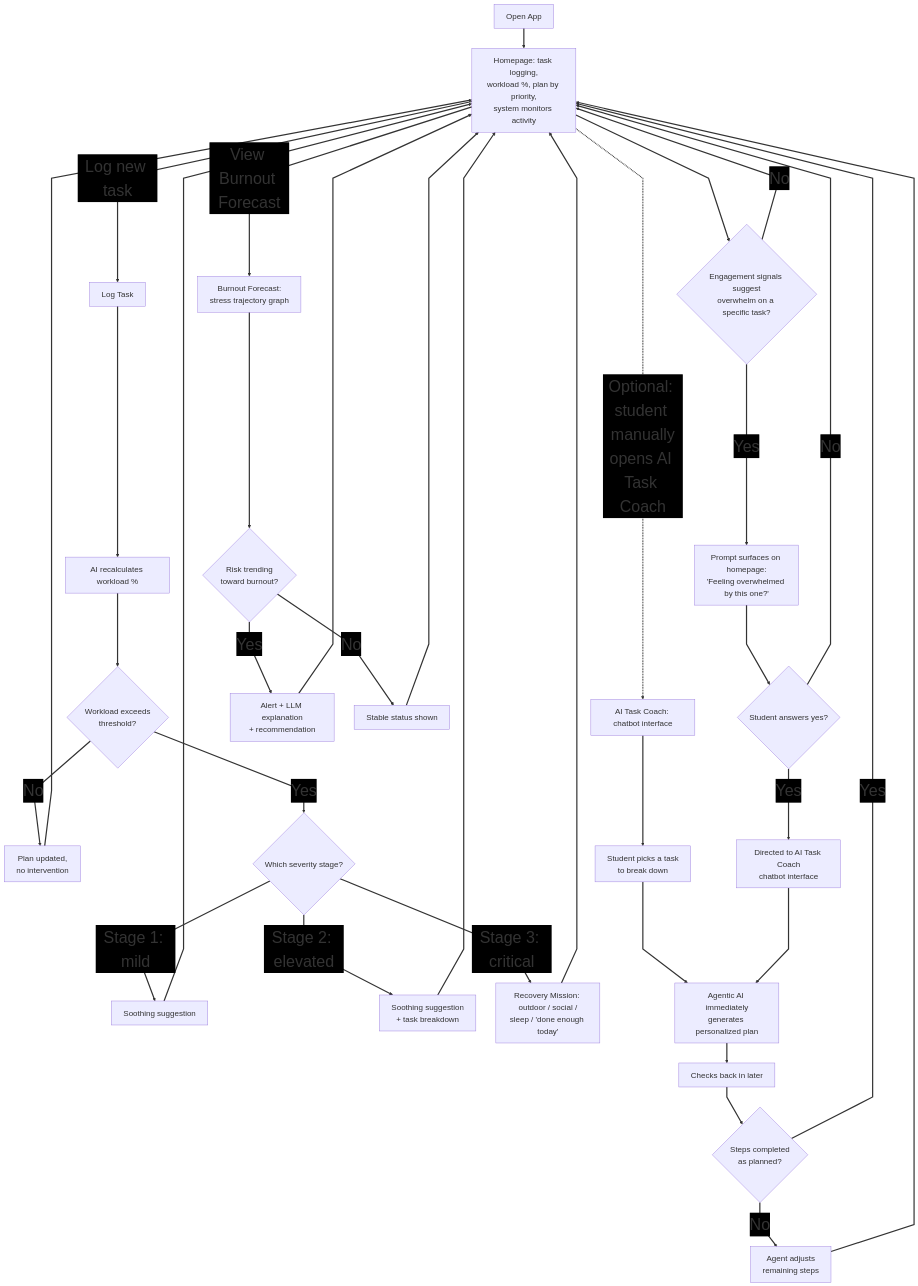
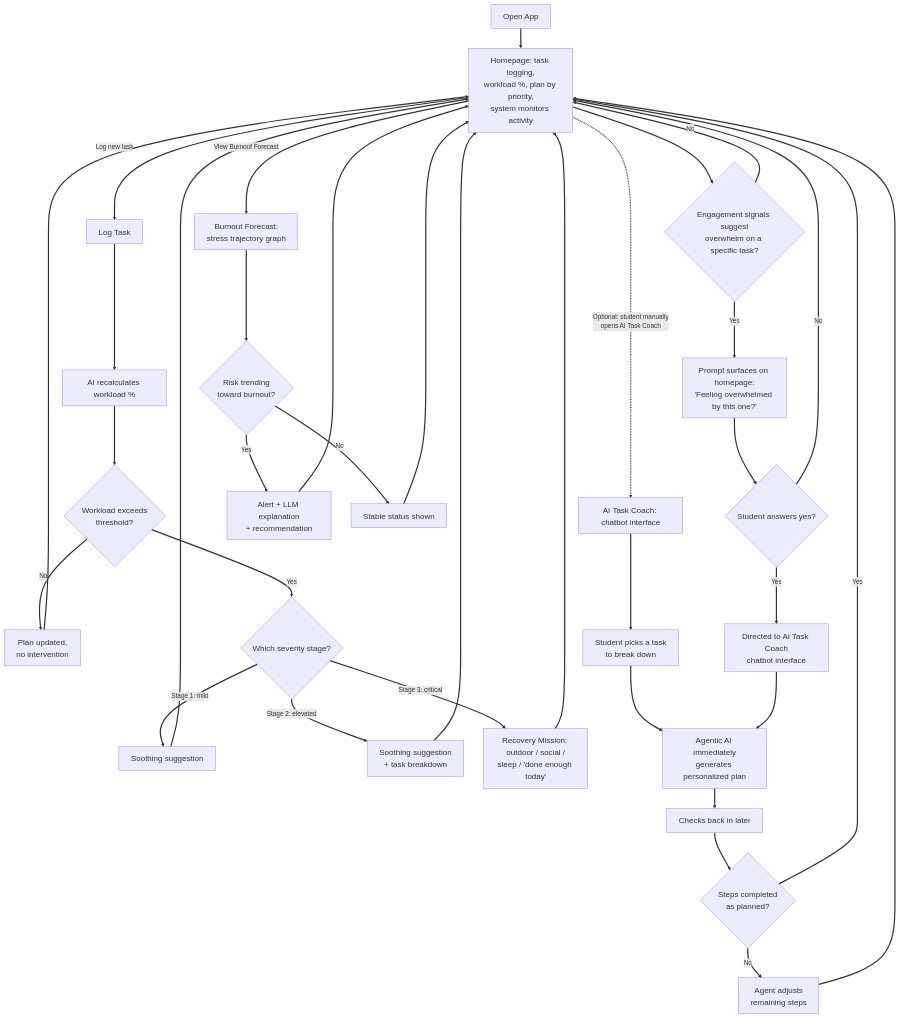
Before and after one commit to ran-coder/AI-Stress-Manager-App: the diagram in README.md, drawn with Mermaid.

Commit message:
Change font size in themeVariables from 40px to 18px

````diff
--- a/README.md
+++ b/README.md
@@ -28,59 +28,59 @@
 ```mermaid
 %%{
   init: {
     "flowchart": {
       "htmlLabels": true,
       "curve": "linear"
     },
     "themeVariables": {
-      "fontSize": "40px",
+      "fontSize": "18px",
       "nodePadding": 15,
-      "edgeLabelBackground": "#000000"
+
     }
   }
 }%%
 flowchart TD
     classDef default font-size:20px;
     
     linkStyle default stroke-width:3px;
 
     A[Open App] --> B[Homepage: task logging,<br/>workload %, plan by priority,<br/>system monitors activity]
 
     B -->|Log new task| C[Log Task]
     C --> D[AI recalculates workload %]
     D --> E{Workload exceeds<br/>threshold?}
     E -->|No| J[Plan updated,<br/>no intervention]
     E -->|Yes| F{Which severity stage?}
     F -->|Stage 1: mild| G[Soothing suggestion]
     F -->|Stage 2: elevated| H[Soothing suggestion<br/>+ task breakdown]
     F -->|Stage 3: critical| I[Recovery Mission: outdoor / social /<br/>sleep / 'done enough today']
     G --> B
     H --> B
     I --> B
     J --> B
 
     B --> L{Engagement signals suggest<br/>overwhelm on a specific task?}
     L -->|No| B
     L -->|Yes| M["Prompt surfaces on homepage:<br/>'Feeling overwhelmed by this one?'"]
     M --> N{Student answers yes?}
     N -->|No| B
     N -->|Yes| K[Directed to AI Task Coach<br/>chatbot interface]
 
     B -.->|Optional: student manually<br/>opens AI Task Coach| K2[AI Task Coach: chatbot interface]
     K2 --> S[Student picks a task<br/>to break down]
     S --> O
 
     K --> O[Agentic AI immediately<br/>generates personalized plan]
     O --> P[Checks back in later]
     P --> Q{Steps completed<br/>as planned?}
     Q -->|Yes| B
     Q -->|No| R[Agent adjusts<br/>remaining steps]
     R --> B
 
     B --> |View Burnout Forecast| T[Burnout Forecast:<br/>stress trajectory graph]
     T --> U{Risk trending<br/>toward burnout?}
     U -->|Yes| V[Alert + LLM explanation<br/>+ recommendation]
     U -->|No| W[Stable status shown]
     V --> B
     W --> B
 ```
````
